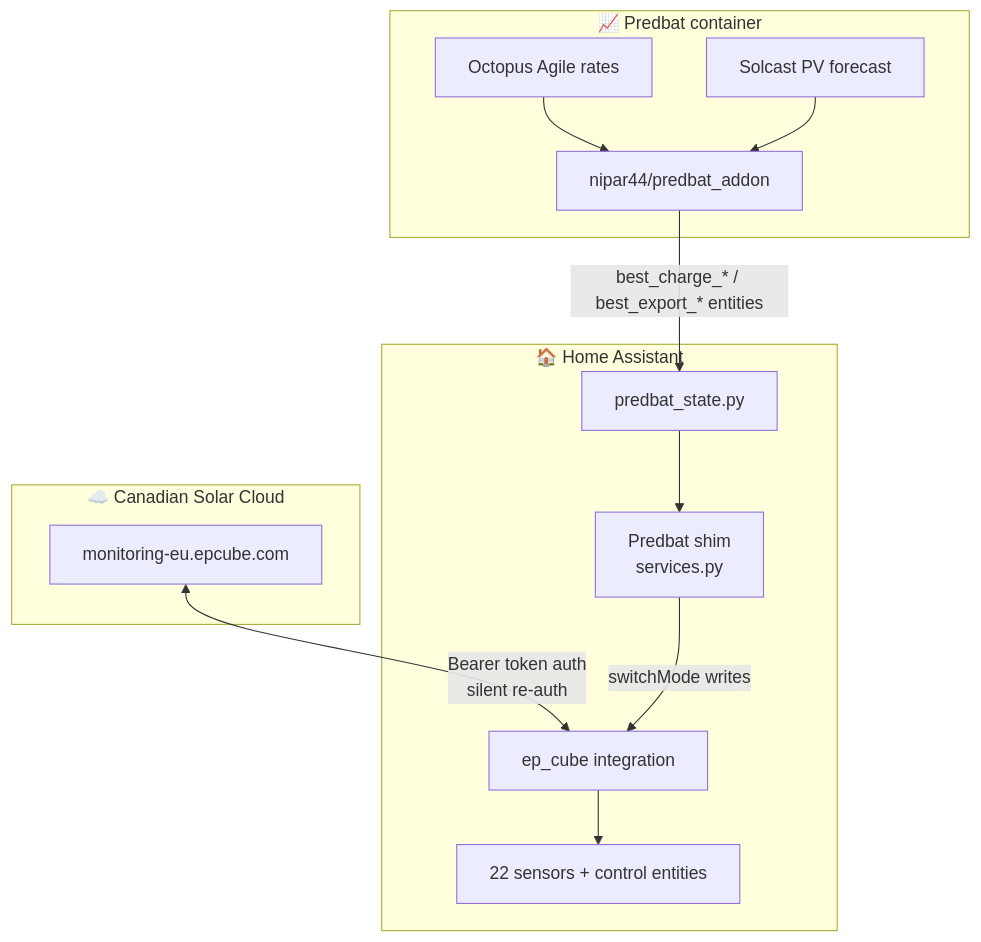
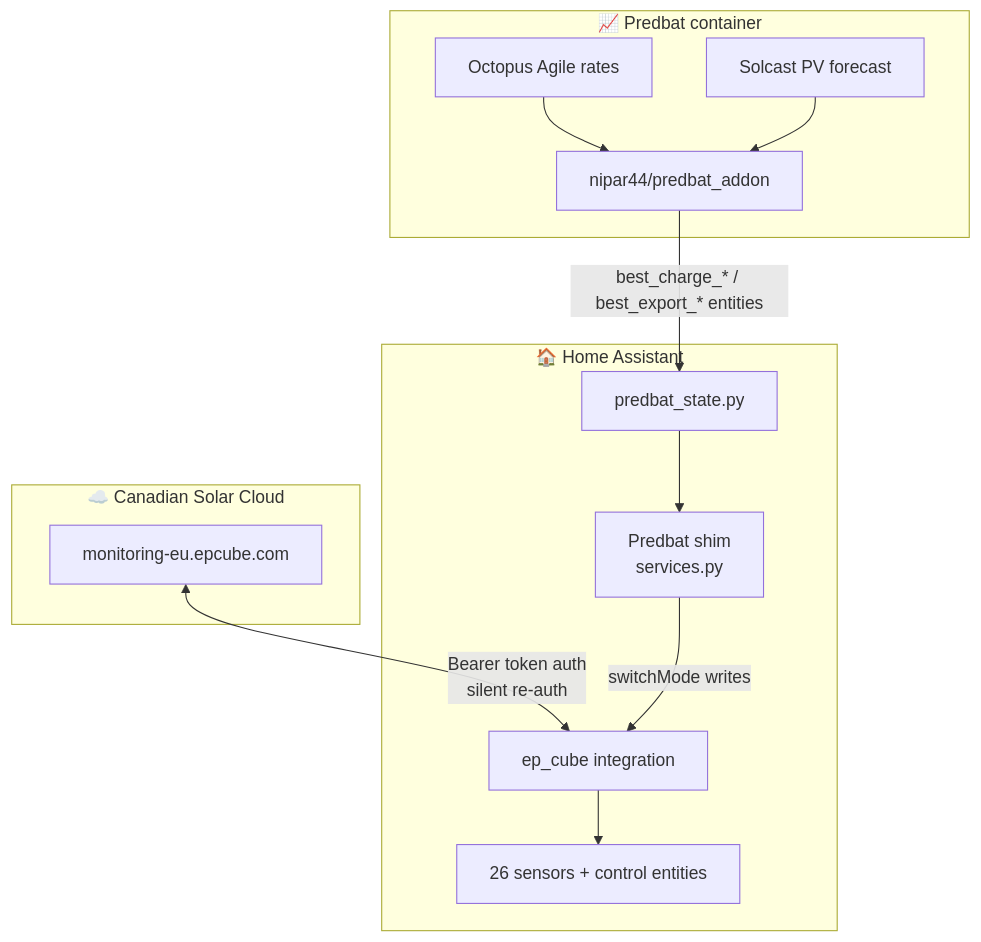
Before and after one commit to SkiLtY/ha-ep-cube: the diagram in README.md, drawn with Mermaid. The commit also changed other lines of this file and 2 other files, not shown here.

````diff
--- a/README.md
+++ b/README.md
@@ -196,27 +197,27 @@
 ```mermaid
 graph TB
     subgraph Cloud ["☁️ Canadian Solar Cloud"]
         EP[monitoring-eu.epcube.com]
     end
 
     subgraph HA ["🏠 Home Assistant"]
         INT[ep_cube integration]
         SHIM[Predbat shim<br/>services.py]
         STATE[predbat_state.py]
-        SENS[22 sensors + control entities]
+        SENS[26 sensors + control entities]
     end
 
     subgraph Predbat ["📈 Predbat container"]
         PB[nipar44/predbat_addon]
         OCT[Octopus Agile rates]
         SOL[Solcast PV forecast]
     end
 
     EP <-->|Bearer token auth<br/>silent re-auth| INT
     INT --> SENS
     PB -->|best_charge_* / best_export_* entities| STATE
     STATE --> SHIM
     SHIM -->|switchMode writes| INT
     OCT --> PB
     SOL --> PB
 ```
````
